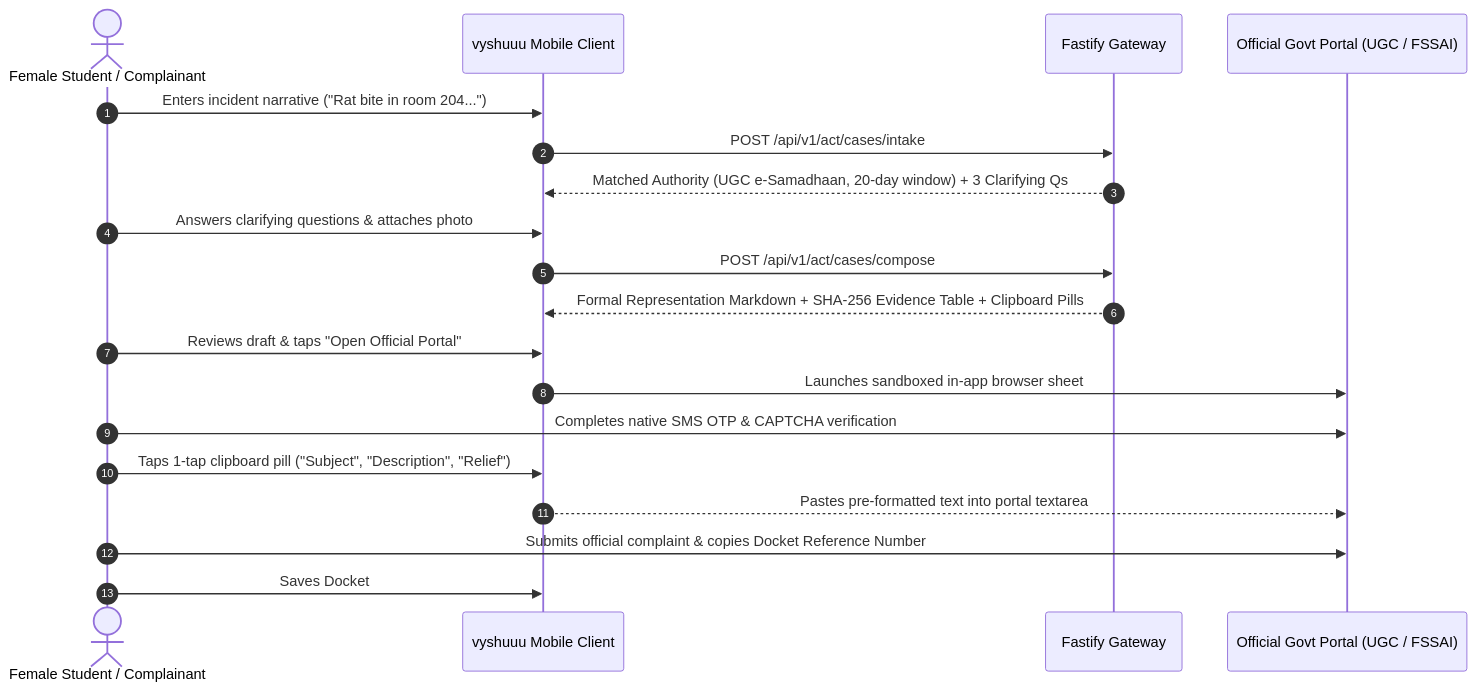
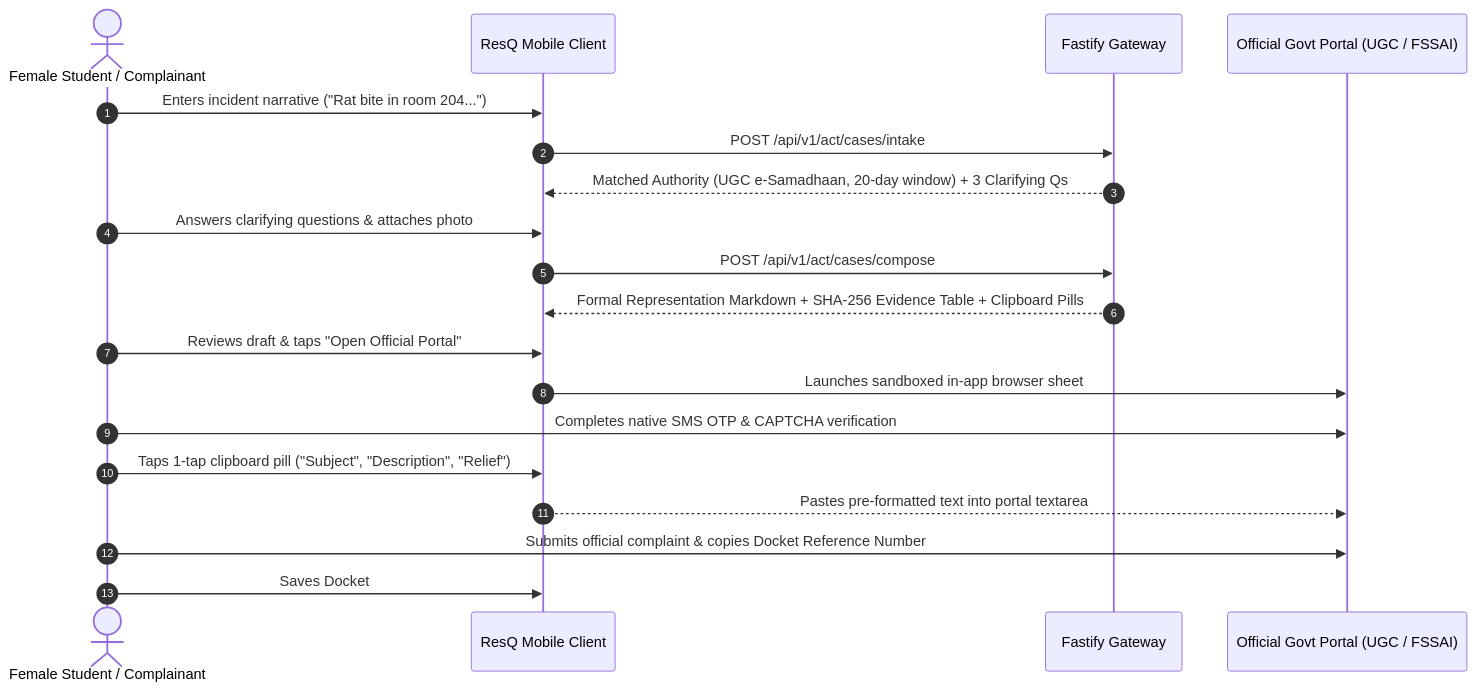
Before and after one commit to KatkamKoushik/Vyshuuu-Unified-Women-Safety-Action-Platform: the second of 4 diagrams in README.md, drawn with Mermaid. The commit also changed other lines of this file and 59 other files, not shown here.

````diff
--- a/README.md
+++ b/README.md
@@ -106,22 +106,22 @@
 ```mermaid
 sequenceDiagram
     autonumber
     actor Student as Female Student / Complainant
-    participant Mobile as vyshuuu Mobile Client
+    participant Mobile as ResQ Mobile Client
     participant Server as Fastify Gateway
     participant Portal as Official Govt Portal (UGC / FSSAI)
 
     Student->>Mobile: Enters incident narrative ("Rat bite in room 204...")
     Mobile->>Server: POST /api/v1/act/cases/intake
     Server-->>Mobile: Matched Authority (UGC e-Samadhaan, 20-day window) + 3 Clarifying Qs
     Student->>Mobile: Answers clarifying questions & attaches photo
     Mobile->>Server: POST /api/v1/act/cases/compose
     Server-->>Mobile: Formal Representation Markdown + SHA-256 Evidence Table + Clipboard Pills
     Student->>Mobile: Reviews draft & taps "Open Official Portal"
     Mobile->>Portal: Launches sandboxed in-app browser sheet
     Student->>Portal: Completes native SMS OTP & CAPTCHA verification
     Student->>Mobile: Taps 1-tap clipboard pill ("Subject", "Description", "Relief")
     Mobile-->>Portal: Pastes pre-formatted text into portal textarea
     Student->>Portal: Submits official complaint & copies Docket Reference Number
     Student->>Mobile: Saves Docket # into local vault to start 20-day statutory countdown
 ```
````
